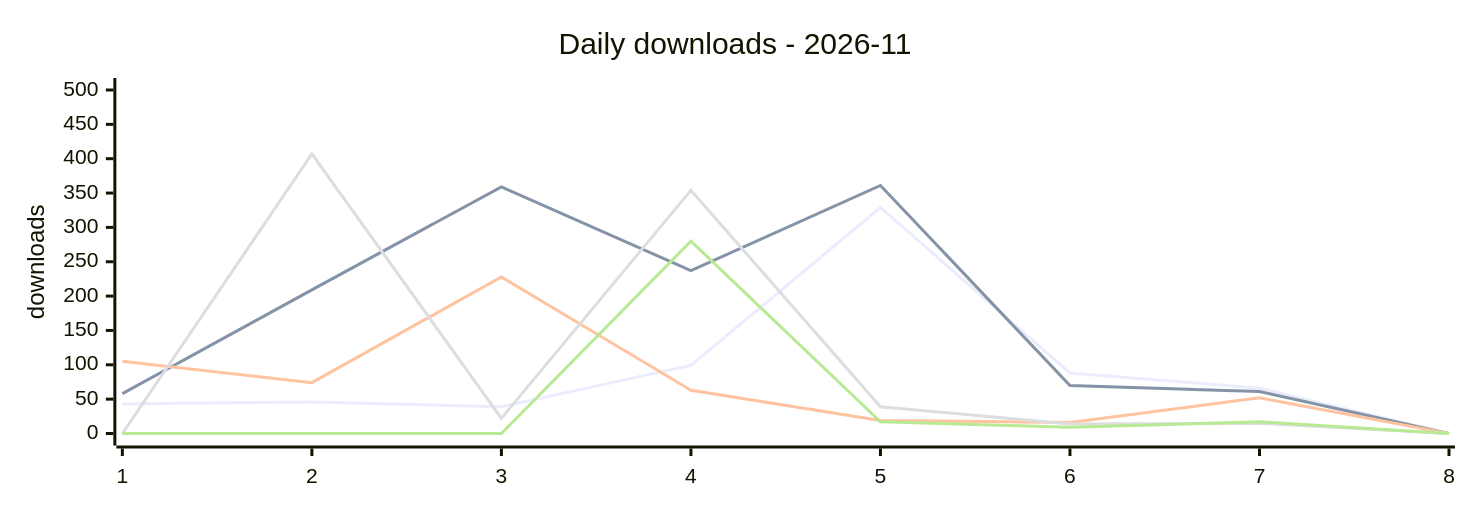
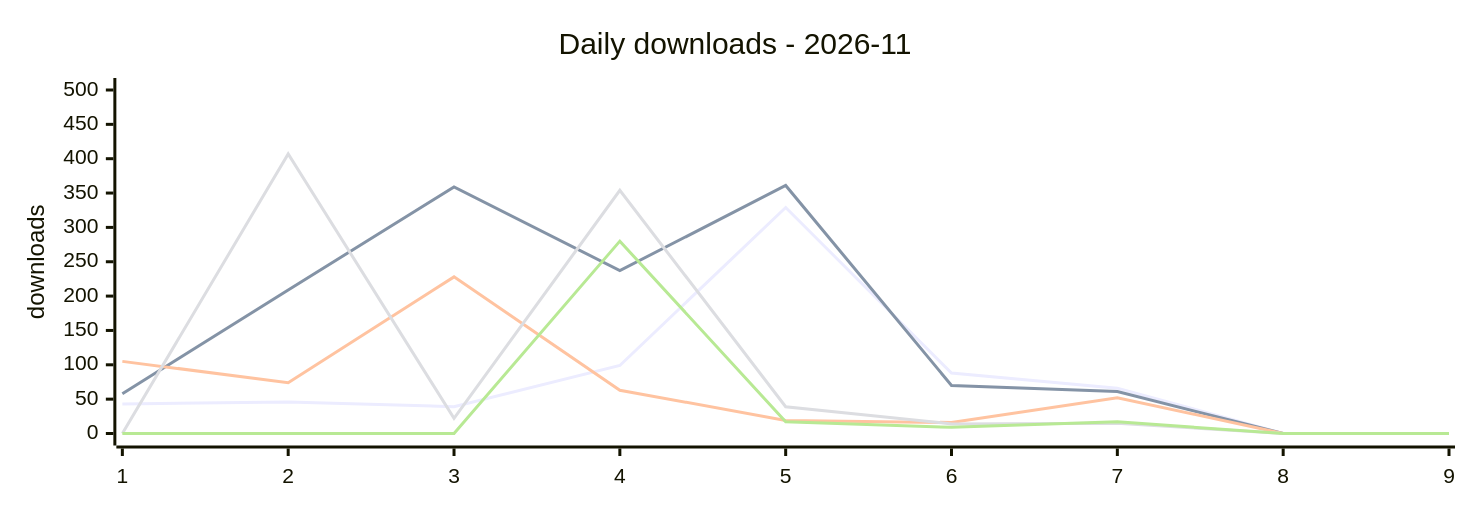
The first of 2 diagrams in DASHBOARD.md (terry2010/npm-downloads-tracker), drawn with Mermaid before and after one commit. The commit also changed other lines of this file and 1 other file, not shown here.

````diff
--- a/DASHBOARD.md
+++ b/DASHBOARD.md
@@ -25,12 +25,12 @@
 ```mermaid
 %%{init: {'xyChart': {'width': 960, 'height': 320}}}%%
 xychart-beta
     title "Daily downloads - 2026-11"
-    x-axis ["1", "2", "3", "4", "5", "6", "7", "8"]
+    x-axis ["1", "2", "3", "4", "5", "6", "7", "8", "9"]
     y-axis "downloads" 0 --> 500
-    line "dsh-loop-recover" [43, 46, 39, 99, 329, 88, 66, 0]
-    line "dsh-rss-news-daily" [58, 209, 359, 237, 361, 70, 61, 0]
-    line "opencode-loop-recover" [105, 74, 228, 63, 19, 16, 52, 0]
-    line "oc-market-quail-zephyr-72a0" [0, 407, 22, 354, 39, 14, 15, 0]
-    line "awesome-opencode-market" [0, 0, 0, 280, 17, 9, 17, 0]
+    line "dsh-loop-recover" [43, 46, 39, 99, 329, 88, 66, 0, 0]
+    line "dsh-rss-news-daily" [58, 209, 359, 237, 361, 70, 61, 0, 0]
+    line "opencode-loop-recover" [105, 74, 228, 63, 19, 16, 52, 0, 0]
+    line "oc-market-quail-zephyr-72a0" [0, 407, 22, 354, 39, 14, 15, 0, 0]
+    line "awesome-opencode-market" [0, 0, 0, 280, 17, 9, 17, 0, 0]
 ```
````
